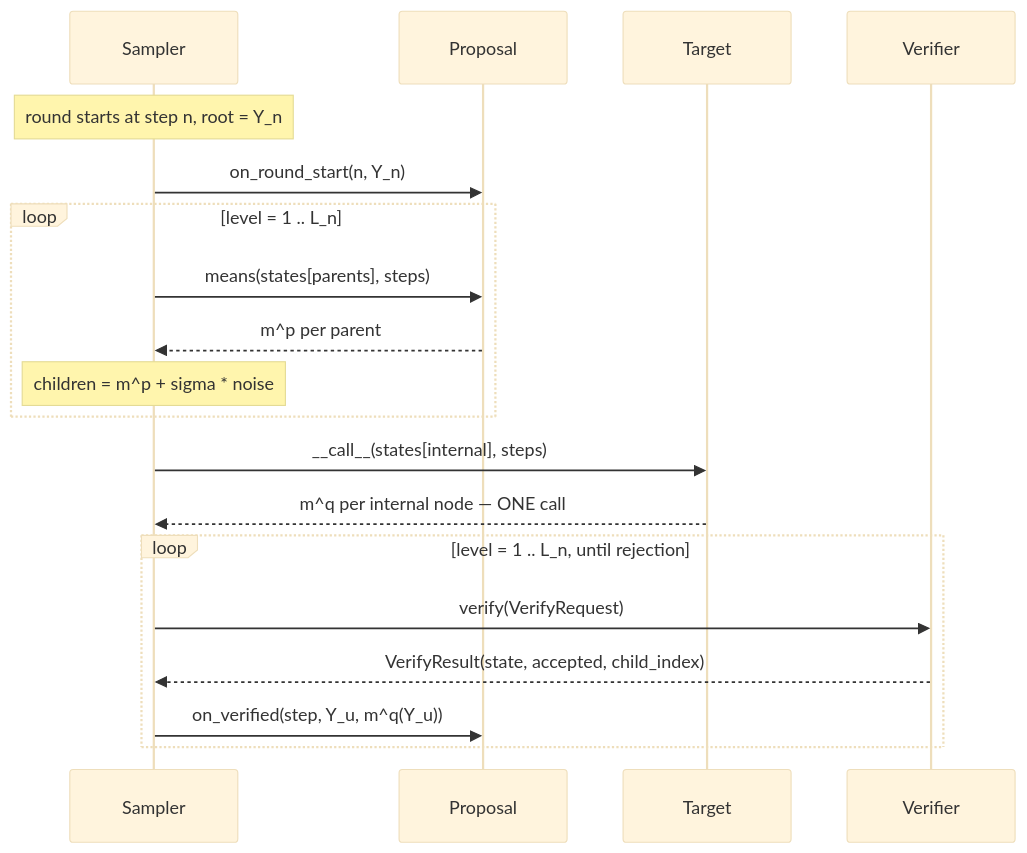
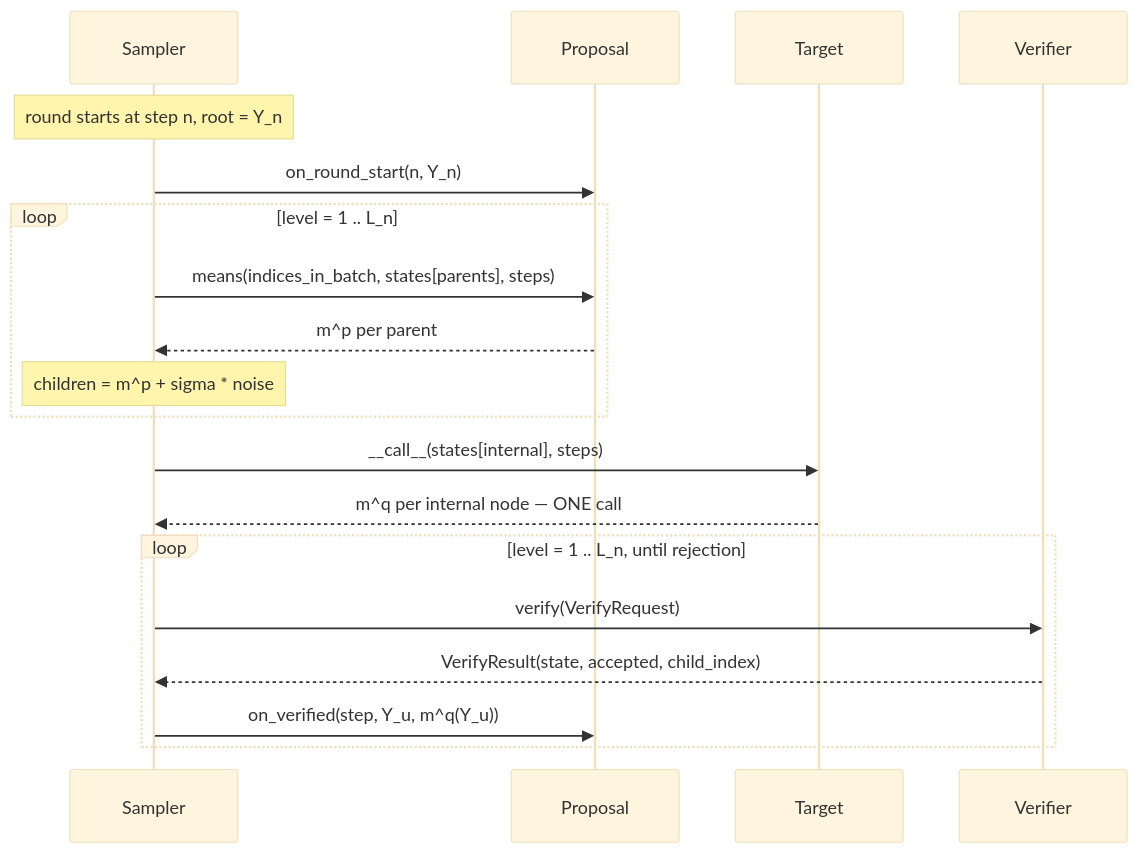
Before and after one commit to marcellobullo/tree-specdiff: the third of 3 diagrams in docs/architecture.md, drawn with Mermaid (base theme). The commit also changed other lines of this file and 6 other files, not shown here.

````diff
--- a/docs/architecture.md
+++ b/docs/architecture.md
@@ -132,21 +132,21 @@
 ```mermaid
 sequenceDiagram
     participant S as Sampler
     participant P as Proposal
     participant T as Target
     participant V as Verifier
     Note over S: round starts at step n, root = Y_n
     S->>P: on_round_start(n, Y_n)
     loop level = 1 .. L_n
-        S->>P: means(states[parents], steps)
+        S->>P: means(indices_in_batch, states[parents], steps)
         P-->>S: m^p per parent
         Note over S: children = m^p + sigma * noise
     end
     S->>T: __call__(states[internal], steps)
     T-->>S: m^q per internal node — ONE call
     loop level = 1 .. L_n, until rejection
         S->>V: verify(VerifyRequest)
         V-->>S: VerifyResult(state, accepted, child_index)
         S->>P: on_verified(step, Y_u, m^q(Y_u))
     end
 ```
````
